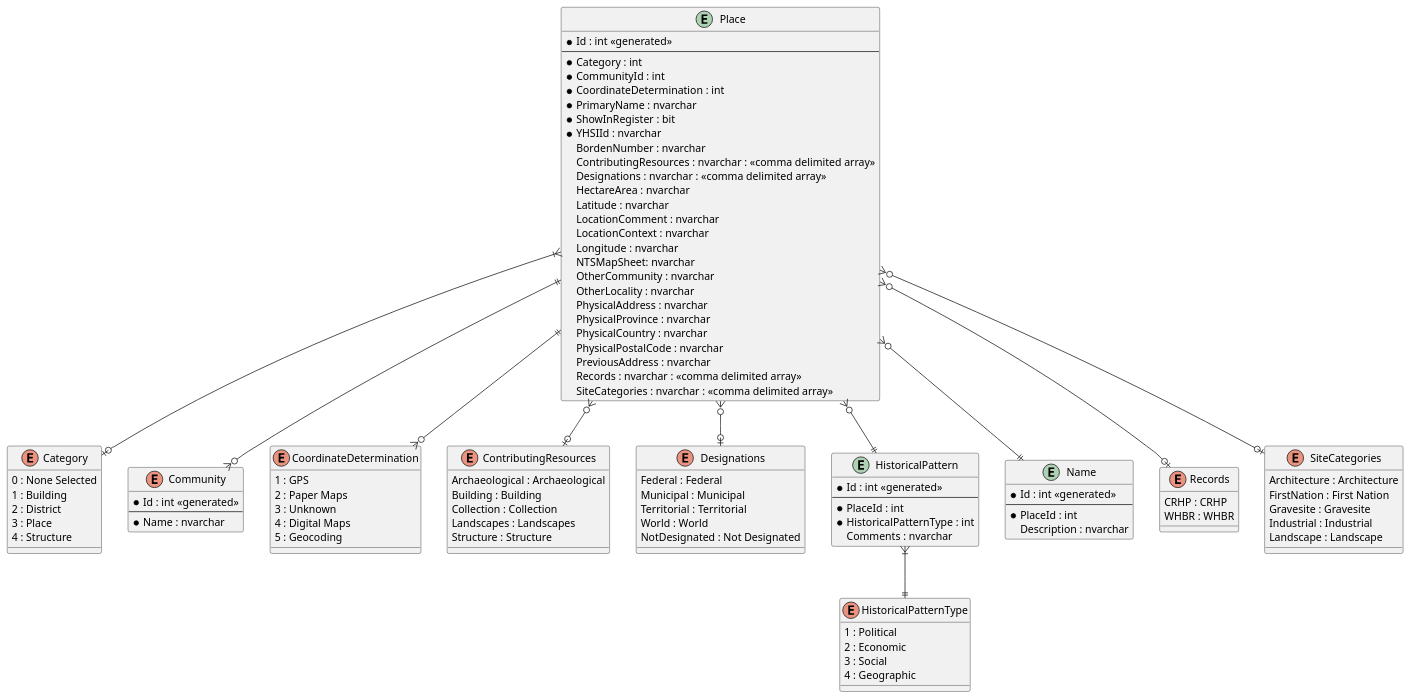
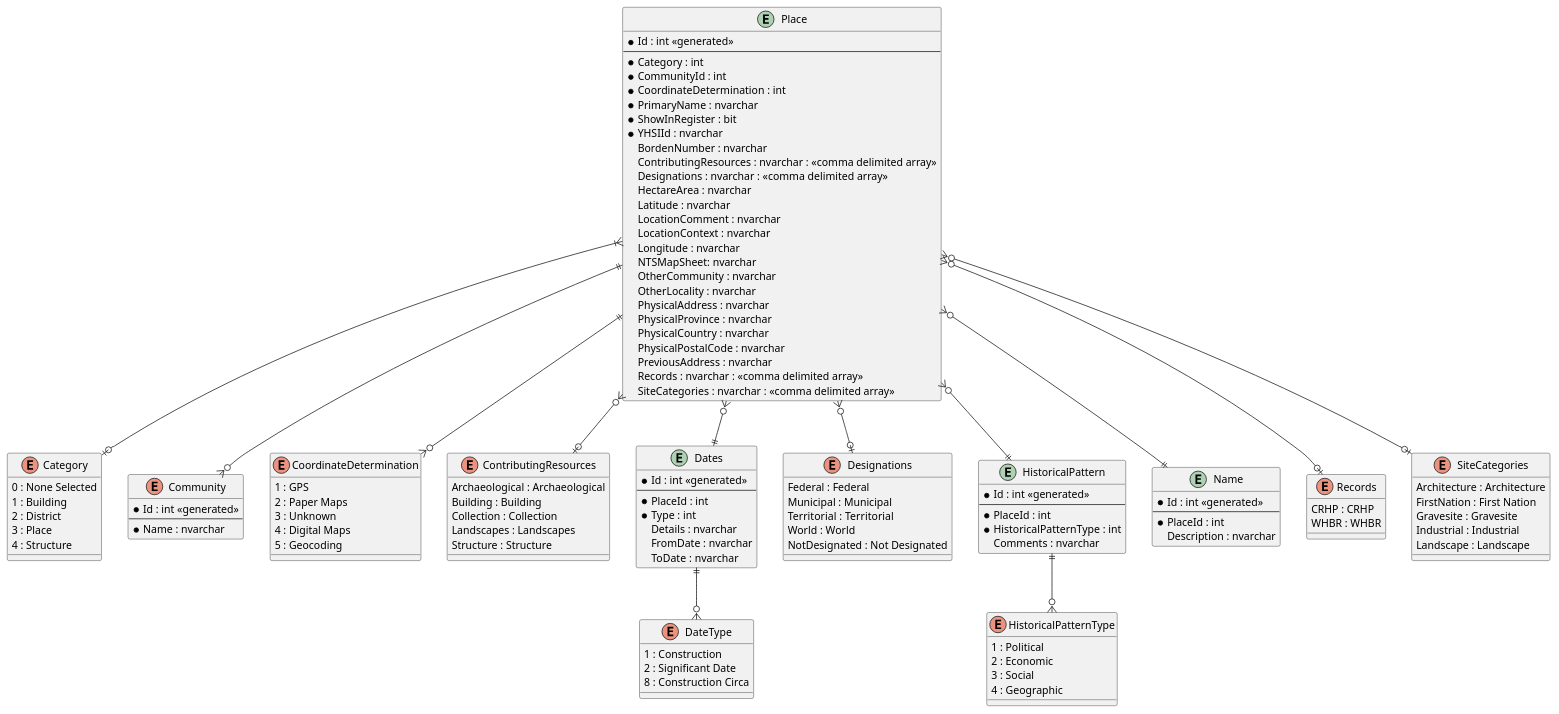
One commit to ytgov/yhsi changed the diagram in Design/change-tracking-and-approvals-data-modeling.wsd. Above: the diagram before and after it, drawn with PlantUML. The commit also changed 1 other file, not shown here.

Commit message:
:memo: Add entity relationship information for Dates.

```diff
--- a/Design/change-tracking-and-approvals-data-modeling.wsd
+++ b/Design/change-tracking-and-approvals-data-modeling.wsd
@@ -1,116 +1,134 @@
 @startuml
 
 entity "Place" as place {
   * Id : int <<generated>>
   --
   * Category : int
   * CommunityId : int
   * CoordinateDetermination : int
   * PrimaryName : nvarchar
   * ShowInRegister : bit
   * YHSIId : nvarchar
   BordenNumber : nvarchar
   ContributingResources : nvarchar : <<comma delimited array>>
   Designations : nvarchar : <<comma delimited array>>
   HectareArea : nvarchar
   Latitude : nvarchar
   LocationComment : nvarchar
   LocationContext : nvarchar
   Longitude : nvarchar
   NTSMapSheet: nvarchar
   OtherCommunity : nvarchar
   OtherLocality : nvarchar
   PhysicalAddress : nvarchar
   PhysicalProvince : nvarchar
   PhysicalCountry : nvarchar
   PhysicalPostalCode : nvarchar
   PreviousAddress : nvarchar
   Records : nvarchar : <<comma delimited array>>
   SiteCategories : nvarchar : <<comma delimited array>>
 }
 
 enum "Category" as category {
   0 : None Selected
   1 : Building
   2 : District
   3 : Place
   4 : Structure
 }
 
 enum "Community" as community {
   * Id : int <<generated>>
   --
   * Name : nvarchar
 }
 
 enum "CoordinateDetermination" as coordinate_determination {
   1 : GPS
   2 : Paper Maps
   3 : Unknown
   4 : Digital Maps
   5 : Geocoding
 }
 
 enum "ContributingResources" as contributing_resources {
   Archaeological : Archaeological
   Building : Building
   Collection : Collection
   Landscapes : Landscapes
   Structure : Structure
 }
 
+entity "Dates" as dates {
+  * Id : int <<generated>>
+  --
+  * PlaceId : int
+  * Type : int
+  Details : nvarchar
+  FromDate : nvarchar
+  ToDate : nvarchar
+}
+
+enum "DateType" as date_type {
+  1 : Construction
+  2 : Significant Date
+  8 : Construction Circa
+}
+
 enum "Designations" as designations {
   Federal : Federal
   Municipal : Municipal
   Territorial : Territorial
   World : World
   NotDesignated : Not Designated
 }
 
 entity "HistoricalPattern" as historical_pattern {
   * Id : int <<generated>>
   --
   * PlaceId : int
   * HistoricalPatternType : int
   Comments : nvarchar
 }
 
 enum "HistoricalPatternType" as historical_pattern_type {
   1 : Political
   2 : Economic
   3 : Social
   4 : Geographic
 }
 
 entity "Name" as name {
   * Id : int <<generated>>
   --
   * PlaceId : int
   Description : nvarchar
 }
 
 enum "Records" as records {
   CRHP : CRHP
   WHBR : WHBR
 }
 
 enum "SiteCategories" as site_categories {
   Architecture : Architecture
   FirstNation : First Nation
   Gravesite : Gravesite
   Industrial : Industrial
   Landscape : Landscape
 }
 
 place }|--o| category
 place ||--o{ community
 place }o--o| contributing_resources
 place ||--o{ coordinate_determination
+place }o--|| dates
 place }o--o| designations
 place }o--|| historical_pattern
 place }o--|| name
 place }o--o| records
 place }o--o| site_categories
-historical_pattern }|--|| historical_pattern_type
+historical_pattern ||--o{ historical_pattern_type
+dates ||--o{ date_type
 
 @enduml
```
